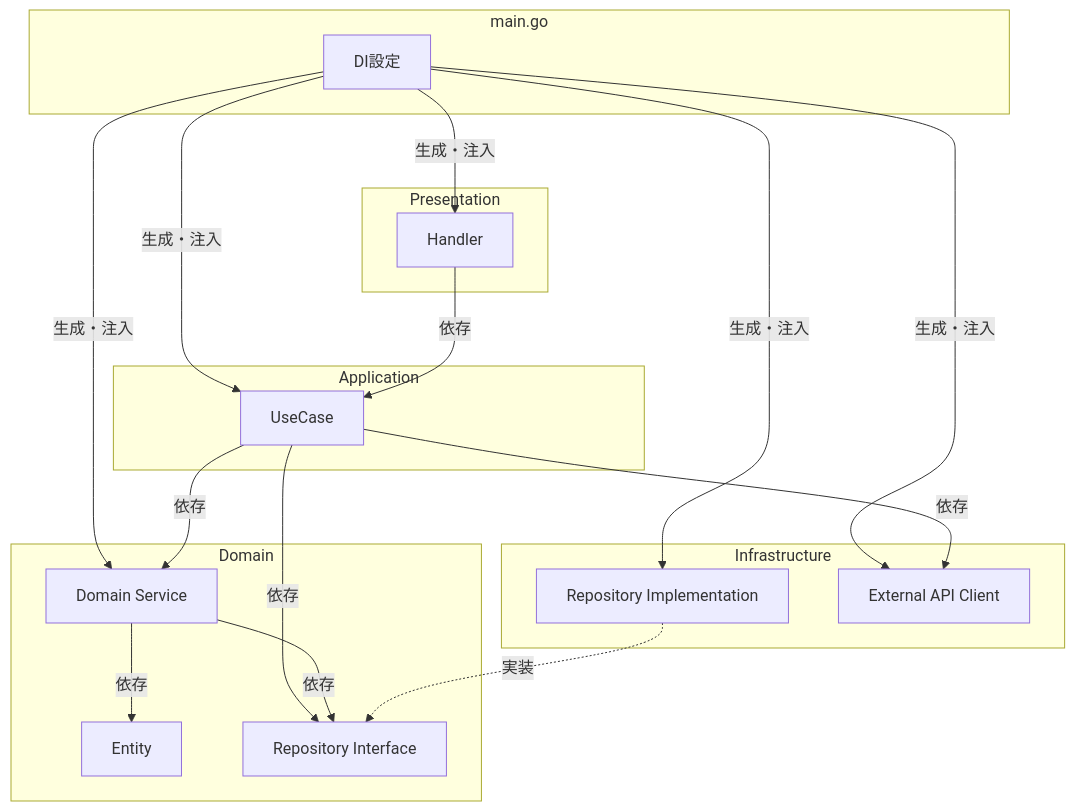
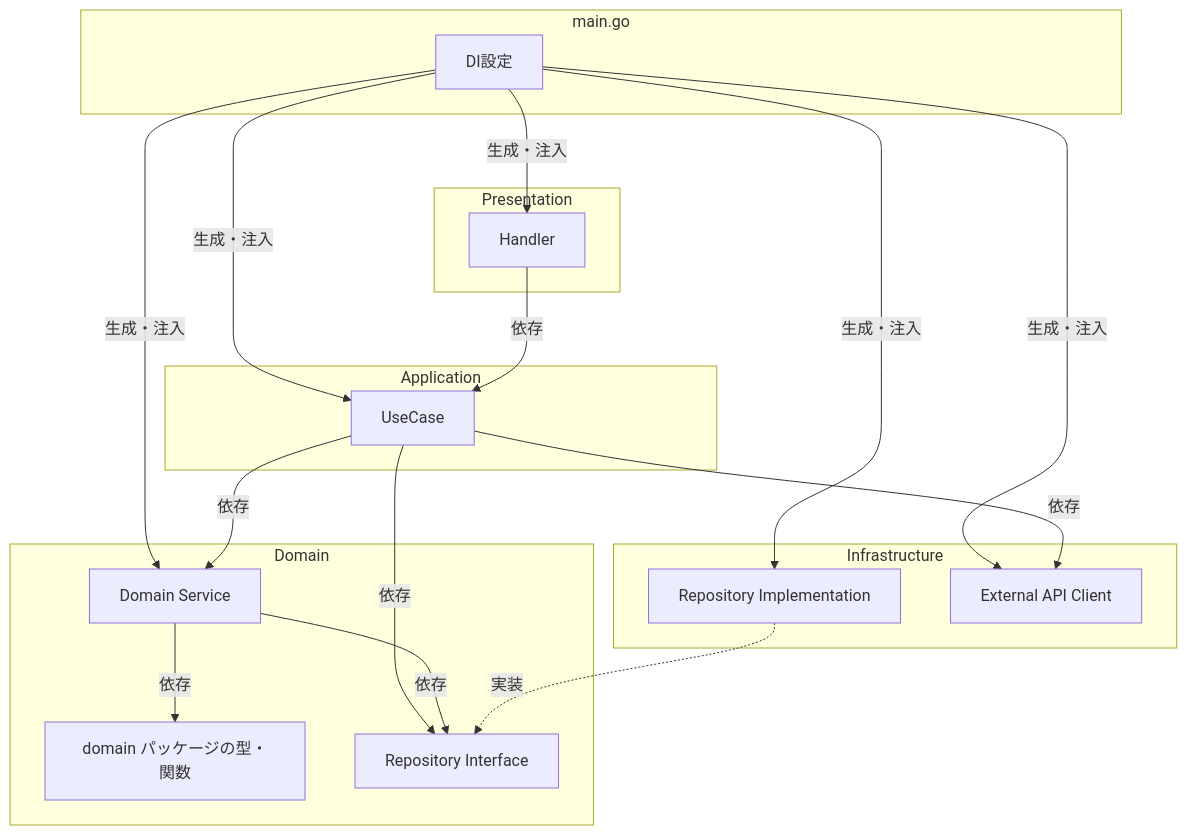
Before and after one commit to cergijame101007/satehits: the third of 3 diagrams in docs/architecture.md, drawn with Mermaid. The commit also changed other lines of this file and 5 other files, not shown here.

````diff
--- a/docs/architecture.md
+++ b/docs/architecture.md
@@ -367,39 +368,39 @@
 ```mermaid
 graph TB
     subgraph main.go
         DI[DI設定]
     end
 
     subgraph Presentation
         H[Handler]
     end
 
     subgraph Application
         UC[UseCase]
     end
 
     subgraph Domain
         DS[Domain Service]
-        E[Entity]
+        D[domain パッケージの型・関数]
         RI[Repository Interface]
     end
 
     subgraph Infrastructure
         IMPL[Repository Implementation]
         EXT[External API Client]
     end
 
     DI -->|生成・注入| IMPL
     DI -->|生成・注入| EXT
     DI -->|生成・注入| DS
     DI -->|生成・注入| UC
     DI -->|生成・注入| H
 
     H -->|依存| UC
     UC -->|依存| DS
     UC -->|依存| RI
     UC -->|依存| EXT
     DS -->|依存| RI
-    DS -->|依存| E
+    DS -->|依存| D
     IMPL -.->|実装| RI
 ```
````
